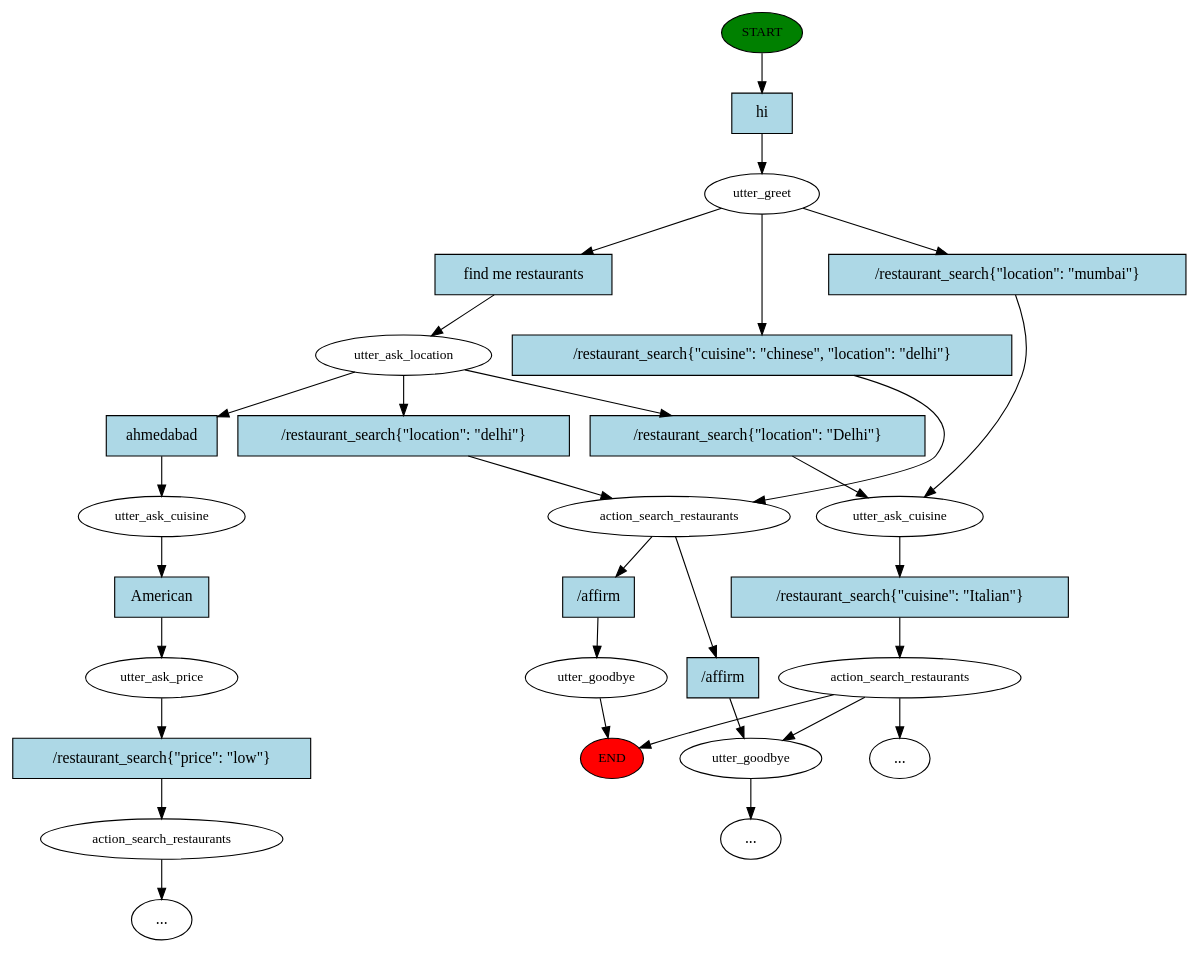
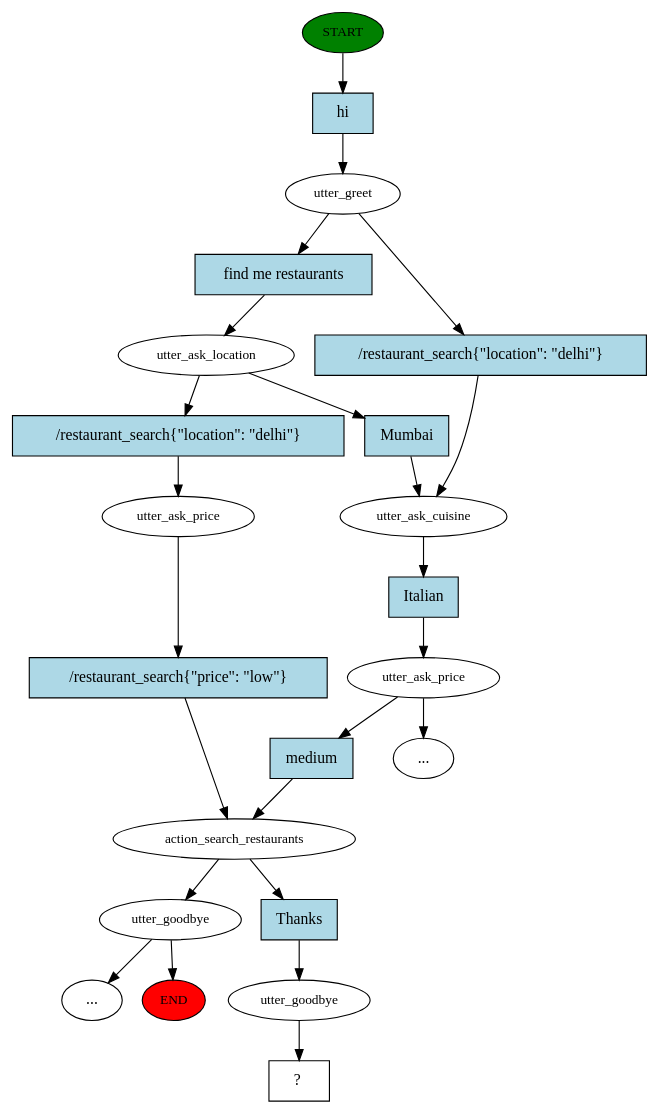
One commit to shubh1608/Restaurant-Booking-Chatbot changed the diagram in story_graph.dot. Above: the diagram before and after it, drawn with Graphviz. The commit also changed 13 other files, not shown here.

```diff
--- a/story_graph.dot
+++ b/story_graph.dot
@@ -1,59 +1,47 @@
 digraph  {
 0 [class="start active", fillcolor=green, fontsize=12, label=START, style=filled];
 "-1" [class=end, fillcolor=red, fontsize=12, label=END, style=filled];
 1 [class=active, fontsize=12, label=utter_greet];
 2 [class=active, fontsize=12, label=utter_ask_location];
-3 [class="", fontsize=12, label=utter_ask_cuisine];
-4 [class="", fontsize=12, label=action_search_restaurants];
-5 [class="", fontsize=12, label=utter_goodbye];
-"-6" [class=ellipsis, label="..."];
-22 [class="", fontsize=12, label=action_search_restaurants];
-27 [class="", fontsize=12, label=utter_goodbye];
-"-8" [class=ellipsis, label="..."];
-35 [class=active, fontsize=12, label=utter_ask_cuisine];
-36 [class="dashed active", fontsize=12, label=utter_ask_price];
-37 [class="", fontsize=12, label=action_search_restaurants];
-"-10" [class=ellipsis, label="..."];
-47 [class="intent active", fillcolor=lightblue, label=hi, shape=rect, style=filled];
-48 [class="intent active", fillcolor=lightblue, label="find\ me\ restaurants", shape=rect, style=filled];
-49 [class=intent, fillcolor=lightblue, label="/restaurant_search\{\"cuisine\":\ \"chinese\",\ \"location\":\ \"delhi\"\}", shape=rect, style=filled];
-50 [class=intent, fillcolor=lightblue, label="/restaurant_search\{\"location\":\ \"mumbai\"\}", shape=rect, style=filled];
-51 [class=intent, fillcolor=lightblue, label="/restaurant_search\{\"location\":\ \"Delhi\"\}", shape=rect, style=filled];
-52 [class="intent active", fillcolor=lightblue, label=ahmedabad, shape=rect, style=filled];
-53 [class=intent, fillcolor=lightblue, label="/restaurant_search\{\"location\":\ \"delhi\"\}", shape=rect, style=filled];
-54 [class=intent, fillcolor=lightblue, label="/restaurant_search\{\"cuisine\":\ \"Italian\"\}", shape=rect, style=filled];
-55 [class=intent, fillcolor=lightblue, label="/affirm", shape=rect, style=filled];
-56 [class=intent, fillcolor=lightblue, label="/affirm", shape=rect, style=filled];
-57 [class="intent active", fillcolor=lightblue, label=American, shape=rect, style=filled];
-58 [class=intent, fillcolor=lightblue, label="/restaurant_search\{\"price\":\ \"low\"\}", shape=rect, style=filled];
-0 -> 47  [class=active, key=0];
-1 -> 48  [class=active, key=0];
-1 -> 49  [class="", key=0];
-1 -> 50  [class="", key=0];
-2 -> 51  [class="", key=0];
-2 -> 52  [class=active, key=0];
-2 -> 53  [class="", key=0];
-3 -> 54  [class="", key=0];
-4 -> 5  [class="", key=NONE, label=""];
-4 -> "-1"  [class="", key=NONE, label=""];
-4 -> "-6"  [class="", key=NONE, label=""];
-5 -> "-8"  [class="", key=NONE, label=""];
-22 -> 55  [class="", key=0];
-22 -> 56  [class="", key=0];
-27 -> "-1"  [class="", key=NONE, label=""];
-35 -> 57  [class=active, key=0];
-36 -> 58  [class="", key=0];
-37 -> "-10"  [class="", key=NONE, label=""];
-47 -> 1  [class=active, key=0];
-48 -> 2  [class=active, key=0];
-49 -> 22  [class="", key=0];
-50 -> 3  [class="", key=0];
-51 -> 3  [class="", key=0];
-52 -> 35  [class=active, key=0];
-53 -> 22  [class="", key=0];
-54 -> 4  [class="", key=0];
-55 -> 5  [class="", key=0];
-56 -> 27  [class="", key=0];
-57 -> 36  [class=active, key=0];
-58 -> 37  [class="", key=0];
+3 [class=active, fontsize=12, label=utter_ask_cuisine];
+4 [class=active, fontsize=12, label=utter_ask_price];
+5 [class=active, fontsize=12, label=action_search_restaurants];
+6 [class="", fontsize=12, label=utter_goodbye];
+"-3" [class=ellipsis, label="..."];
+12 [class="", fontsize=12, label=utter_ask_price];
+"-4" [class=ellipsis, label="..."];
+20 [class=active, fontsize=12, label=utter_goodbye];
+21 [class="intent dashed active", label="  ?  ", shape=rect];
+22 [class="intent active", fillcolor=lightblue, label=hi, shape=rect, style=filled];
+23 [class="intent active", fillcolor=lightblue, label="find\ me\ restaurants", shape=rect, style=filled];
+24 [class=intent, fillcolor=lightblue, label="/restaurant_search\{\"location\":\ \"delhi\"\}", shape=rect, style=filled];
+25 [class="intent active", fillcolor=lightblue, label=Mumbai, shape=rect, style=filled];
+26 [class=intent, fillcolor=lightblue, label="/restaurant_search\{\"location\":\ \"delhi\"\}", shape=rect, style=filled];
+27 [class="intent active", fillcolor=lightblue, label=Italian, shape=rect, style=filled];
+28 [class="intent active", fillcolor=lightblue, label=medium, shape=rect, style=filled];
+29 [class="intent active", fillcolor=lightblue, label=Thanks, shape=rect, style=filled];
+30 [class=intent, fillcolor=lightblue, label="/restaurant_search\{\"price\":\ \"low\"\}", shape=rect, style=filled];
+0 -> 22  [class=active, key=0];
+1 -> 23  [class=active, key=0];
+1 -> 24  [class="", key=0];
+2 -> 25  [class=active, key=0];
+2 -> 26  [class="", key=0];
+3 -> 27  [class=active, key=0];
+4 -> "-3"  [class="", key=NONE, label=""];
+4 -> 28  [class=active, key=0];
+5 -> 6  [class="", key=NONE, label=""];
+5 -> 29  [class=active, key=0];
+6 -> "-1"  [class="", key=NONE, label=""];
+6 -> "-4"  [class="", key=NONE, label=""];
+12 -> 30  [class="", key=0];
+20 -> 21  [class=active, key=NONE, label=""];
+22 -> 1  [class=active, key=0];
+23 -> 2  [class=active, key=0];
+24 -> 3  [class="", key=0];
+25 -> 3  [class=active, key=0];
+26 -> 12  [class="", key=0];
+27 -> 4  [class=active, key=0];
+28 -> 5  [class=active, key=0];
+29 -> 20  [class=active, key=0];
+30 -> 5  [class="", key=0];
 }
```
